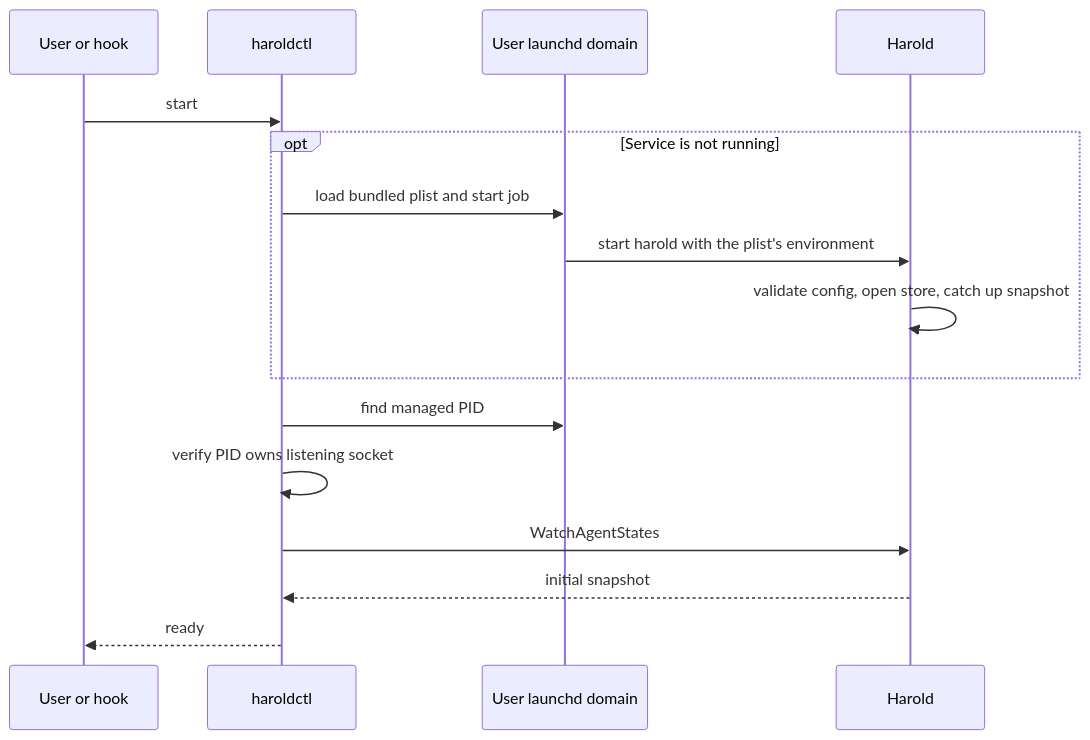
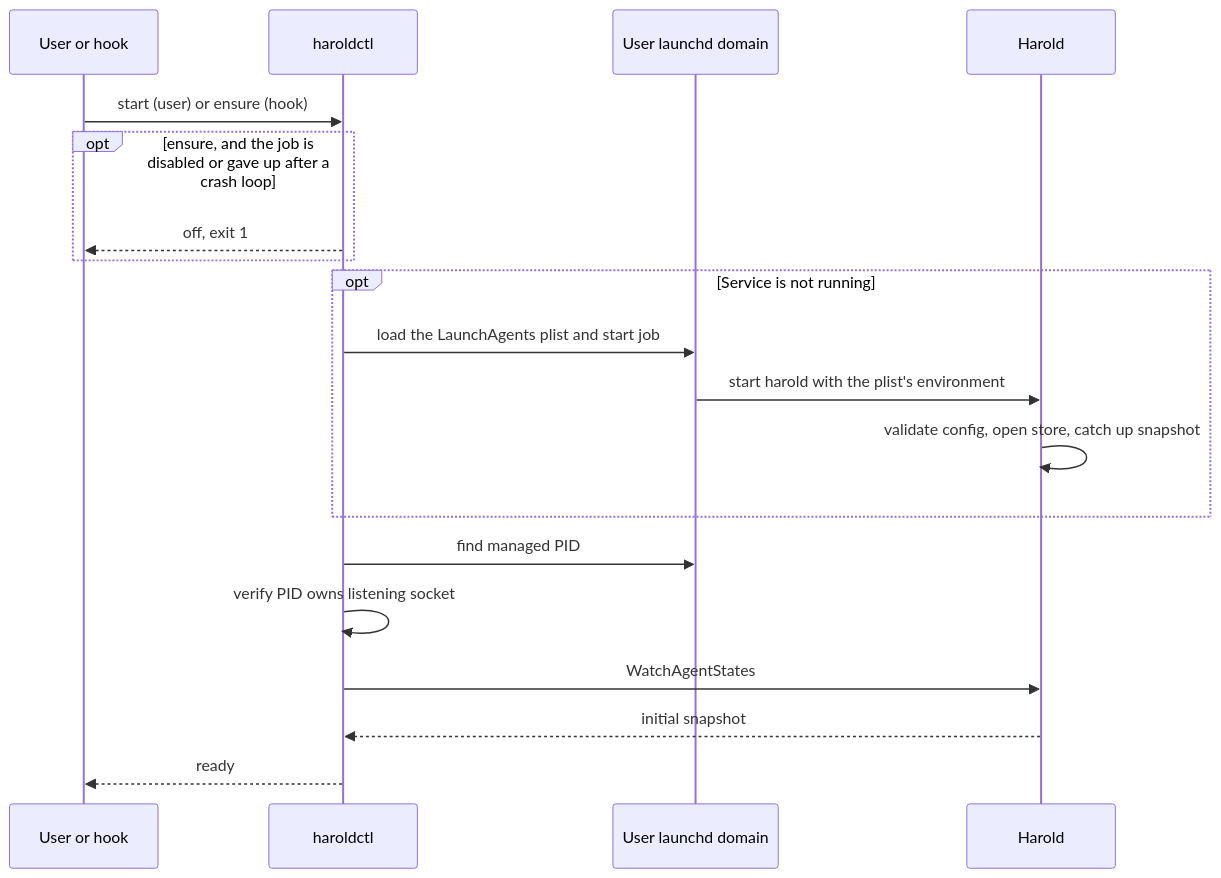
One commit to kahgeh/harold changed the diagram in docs/references/operation/README.md. Above: the diagram before and after it, drawn with Mermaid. The commit also changed other lines of this file and 1 other file, not shown here.

Commit message:
Describe start at login, ensure and rolling back

````diff
--- a/docs/references/operation/README.md
+++ b/docs/references/operation/README.md
@@ -143,18 +162,21 @@
 ```mermaid
 sequenceDiagram
     participant Caller as User or hook
     participant Control as haroldctl
     participant Launchd as User launchd domain
     participant Harold
-    Caller->>Control: start
+    Caller->>Control: start (user) or ensure (hook)
+    opt ensure, and the job is disabled or gave up after a crash loop
+        Control-->>Caller: off, exit 1
+    end
     opt Service is not running
-        Control->>Launchd: load bundled plist and start job
+        Control->>Launchd: load the LaunchAgents plist and start job
         Launchd->>Harold: start harold with the plist's environment
         Harold->>Harold: validate config, open store, catch up snapshot
     end
     Control->>Launchd: find managed PID
     Control->>Control: verify PID owns listening socket
     Control->>Harold: WatchAgentStates
     Harold-->>Control: initial snapshot
     Control-->>Caller: ready
 ```
````
